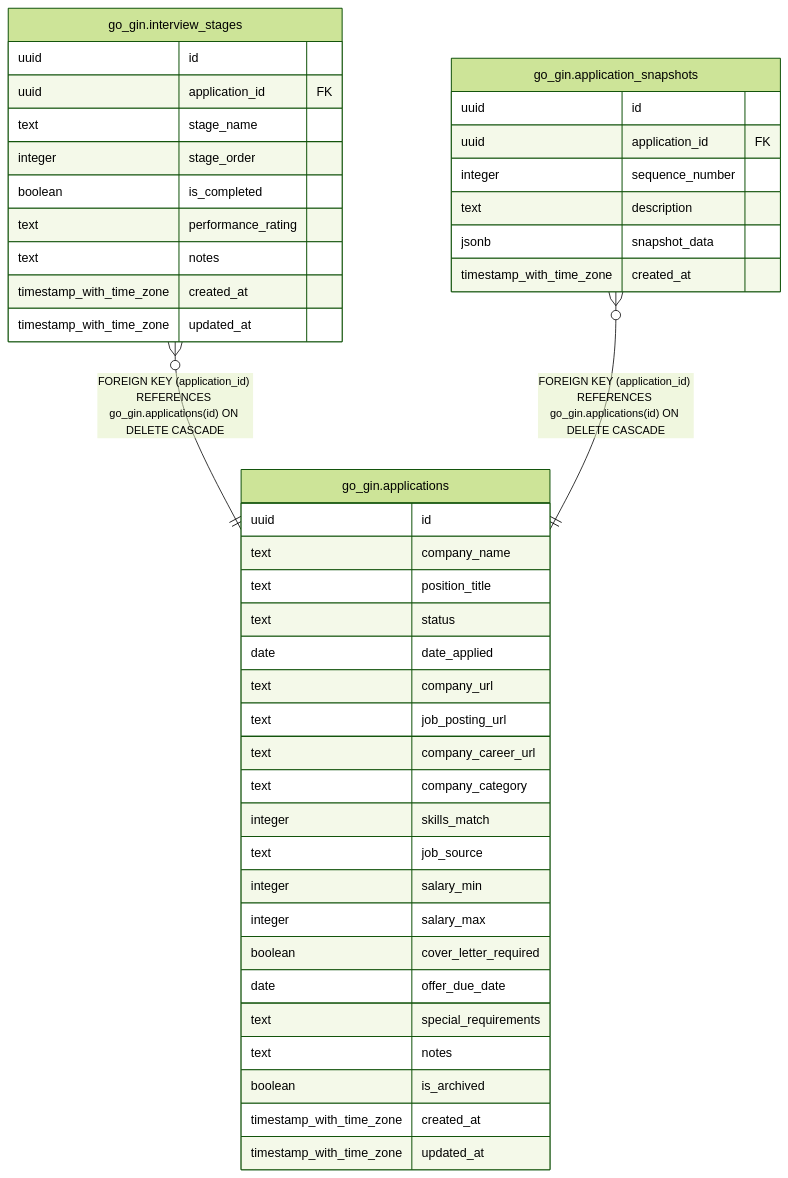
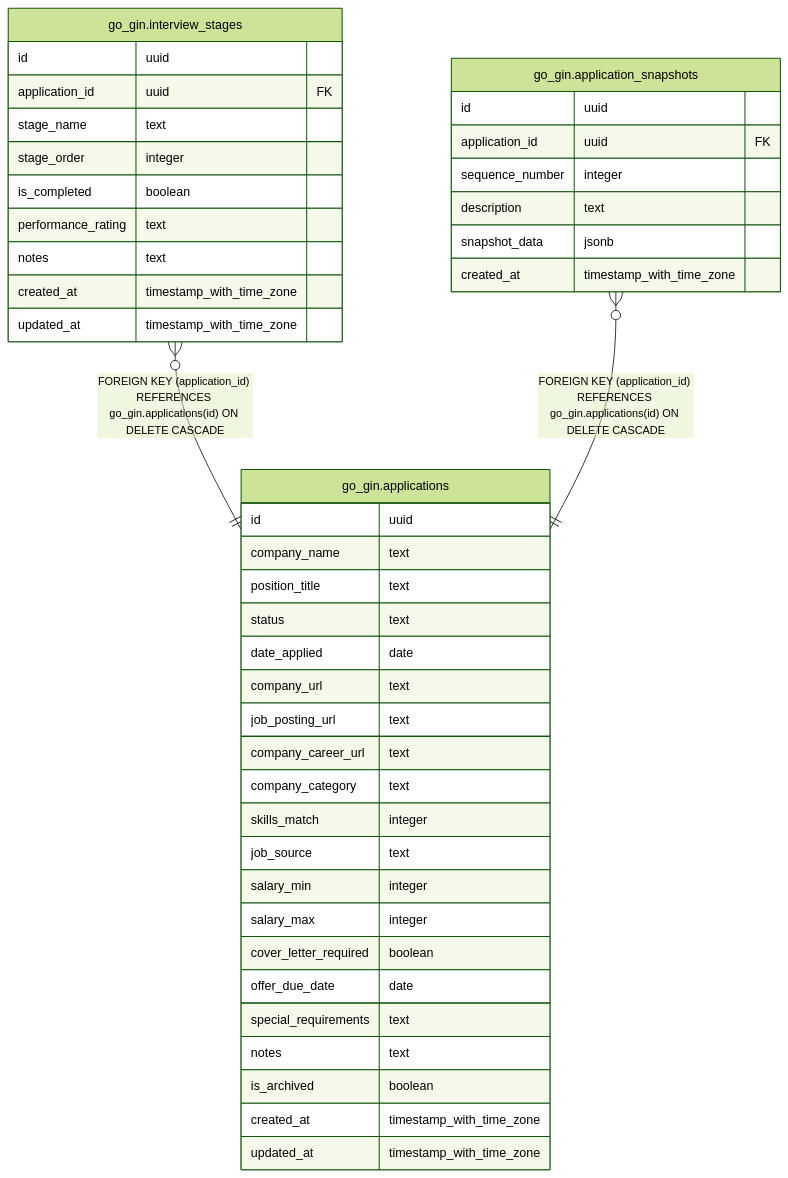
Before and after one commit to WhatIfWeDigDeeper/application-tracker: the diagram in docs/schema/go-gin/go_gin.applications.md, drawn with Mermaid (forest theme). The commit also changed other lines of this file and 22 other files, not shown here.

````diff
--- a/docs/schema/go-gin/go_gin.applications.md
+++ b/docs/schema/go-gin/go_gin.applications.md
@@ -56,48 +56,48 @@
 ```mermaid
 erDiagram
 
 "go_gin.interview_stages" }o--|| "go_gin.applications" : "FOREIGN KEY (application_id) REFERENCES go_gin.applications(id) ON DELETE CASCADE"
 "go_gin.application_snapshots" }o--|| "go_gin.applications" : "FOREIGN KEY (application_id) REFERENCES go_gin.applications(id) ON DELETE CASCADE"
 
 "go_gin.applications" {
-  uuid id
-  text company_name
-  text position_title
-  text status
-  date date_applied
-  text company_url
-  text job_posting_url
-  text company_career_url
-  text company_category
-  integer skills_match
-  text job_source
-  integer salary_min
-  integer salary_max
-  boolean cover_letter_required
-  date offer_due_date
-  text special_requirements
-  text notes
-  boolean is_archived
-  timestamp_with_time_zone created_at
-  timestamp_with_time_zone updated_at
+  id uuid
+  company_name text
+  position_title text
+  status text
+  date_applied date
+  company_url text
+  job_posting_url text
+  company_career_url text
+  company_category text
+  skills_match integer
+  job_source text
+  salary_min integer
+  salary_max integer
+  cover_letter_required boolean
+  offer_due_date date
+  special_requirements text
+  notes text
+  is_archived boolean
+  created_at timestamp_with_time_zone
+  updated_at timestamp_with_time_zone
 }
 "go_gin.interview_stages" {
-  uuid id
-  uuid application_id FK
-  text stage_name
-  integer stage_order
-  boolean is_completed
-  text performance_rating
-  text notes
-  timestamp_with_time_zone created_at
-  timestamp_with_time_zone updated_at
+  id uuid
+  application_id uuid FK
+  stage_name text
+  stage_order integer
+  is_completed boolean
+  performance_rating text
+  notes text
+  created_at timestamp_with_time_zone
+  updated_at timestamp_with_time_zone
 }
 "go_gin.application_snapshots" {
-  uuid id
-  uuid application_id FK
-  integer sequence_number
-  text description
-  jsonb snapshot_data
-  timestamp_with_time_zone created_at
+  id uuid
+  application_id uuid FK
+  sequence_number integer
+  description text
+  snapshot_data jsonb
+  created_at timestamp_with_time_zone
 }
 ```
````
